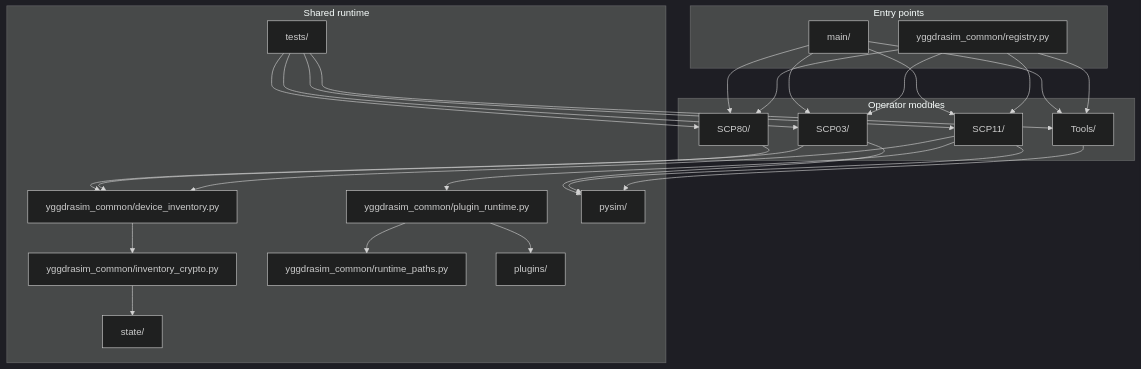
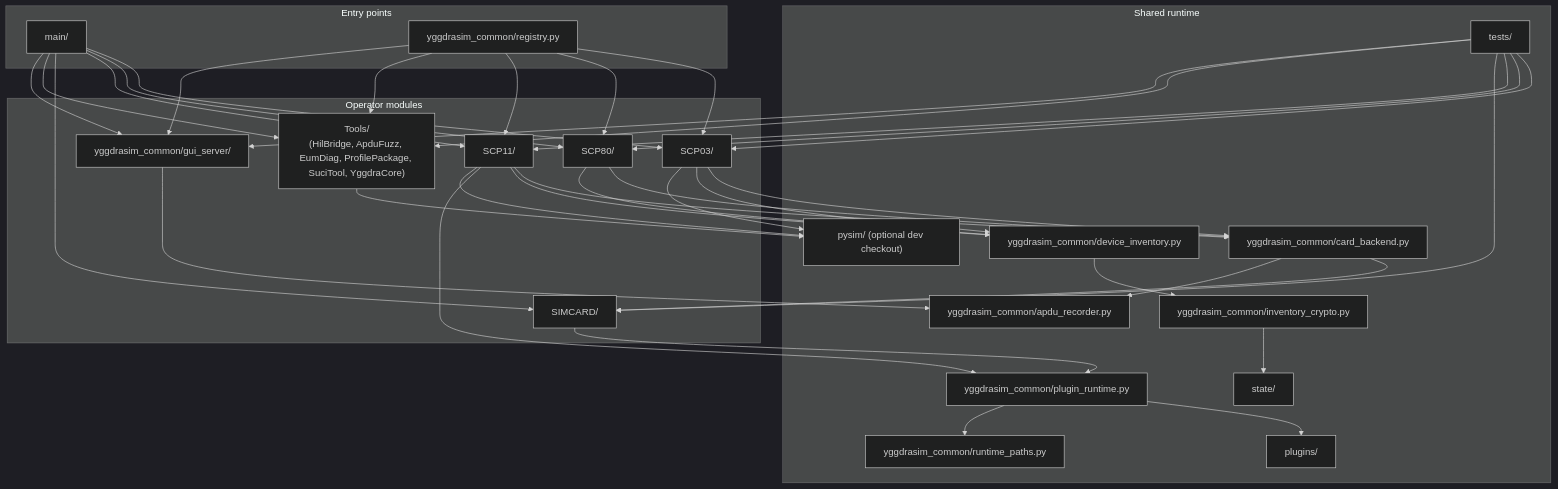
The second of 12 diagrams in guides/ARCHITECTURE.md (1oT/YggdraSIM), drawn with Mermaid (dark theme) before and after one commit. The commit also changed other lines of this file and 270 other files, not shown here.

````diff
--- a/guides/ARCHITECTURE.md
+++ b/guides/ARCHITECTURE.md
@@ -62,50 +82,66 @@
 ```mermaid
 flowchart TB
     subgraph EntryPoints["Entry points"]
         Main["main/"]
         Registry["yggdrasim_common/registry.py"]
     end
 
     subgraph OperatorModules["Operator modules"]
         SCP03["SCP03/"]
         SCP80["SCP80/"]
         SCP11["SCP11/"]
-        Tools["Tools/"]
+        SIMCARD["SIMCARD/"]
+        Tools["Tools/<br/>(HilBridge, ApduFuzz, EumDiag, ProfilePackage, SuciTool, YggdraCore)"]
+        GuiServer["yggdrasim_common/gui_server/"]
     end
 
     subgraph SharedRuntime["Shared runtime"]
         Inventory["yggdrasim_common/device_inventory.py"]
         Crypto["yggdrasim_common/inventory_crypto.py"]
         RuntimePaths["yggdrasim_common/runtime_paths.py"]
         PluginRuntime["yggdrasim_common/plugin_runtime.py"]
+        CardBackend["yggdrasim_common/card_backend.py"]
+        ApduRecorder["yggdrasim_common/apdu_recorder.py"]
         Plugins["plugins/"]
         StateDir["state/"]
-        PySim["pysim/"]
+        PySim["pysim/ (optional dev checkout)"]
         Tests["tests/"]
     end
 
     Main --> SCP03
     Main --> SCP80
     Main --> SCP11
+    Main --> SIMCARD
     Main --> Tools
+    Main --> GuiServer
     Registry --> SCP03
     Registry --> SCP80
     Registry --> SCP11
     Registry --> Tools
+    Registry --> GuiServer
 
+    SCP03 --> CardBackend
+    SCP80 --> CardBackend
+    SCP11 --> CardBackend
+    CardBackend --> SIMCARD
     SCP03 --> Inventory
     SCP80 --> Inventory
     SCP11 --> Inventory
     Inventory --> Crypto
     SCP11 --> PluginRuntime
+    SIMCARD --> PluginRuntime
     PluginRuntime --> Plugins
     PluginRuntime --> RuntimePaths
     Crypto --> StateDir
+    CardBackend --> ApduRecorder
+    GuiServer --> ApduRecorder
     SCP03 --> PySim
     SCP11 --> PySim
     Tools --> PySim
     Tests --> SCP03
     Tests --> SCP80
     Tests --> SCP11
+    Tests --> SIMCARD
     Tests --> Tools
+    Tests --> GuiServer
 ```
````
